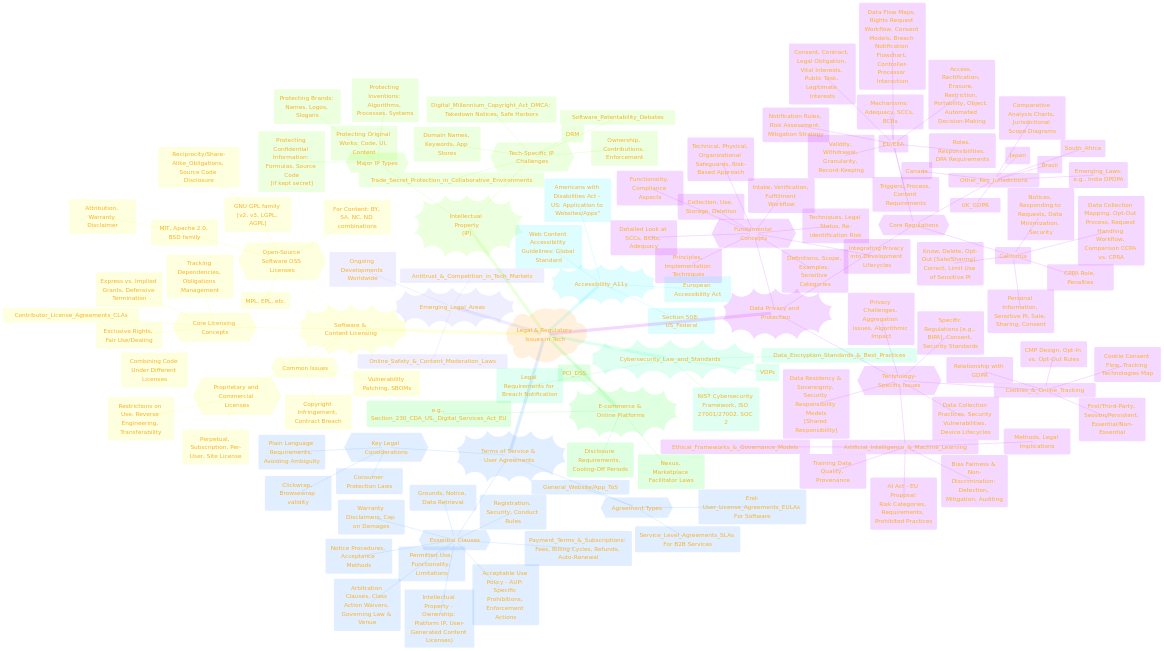
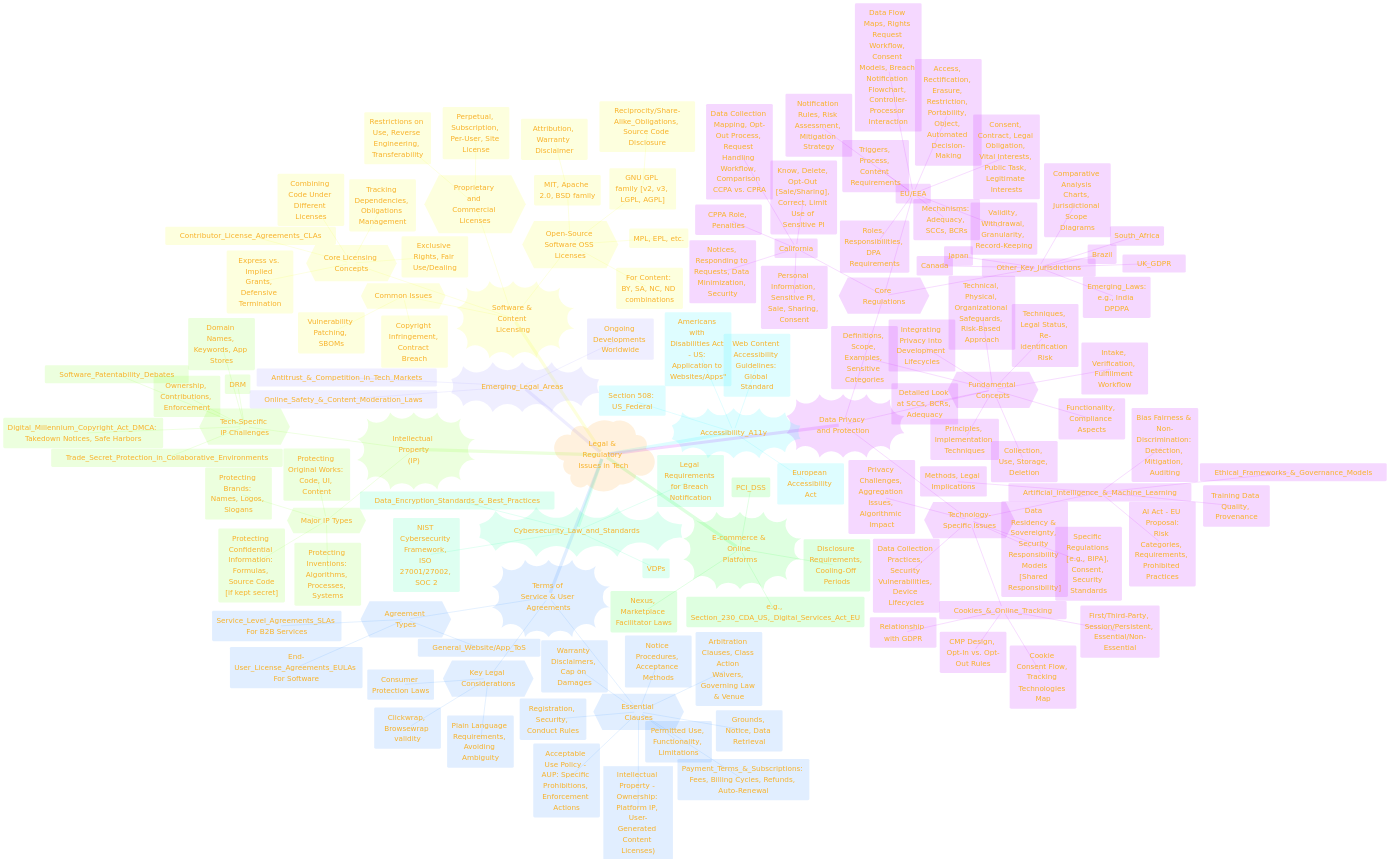
Before and after one commit to CongLeSolutionX/LegalLens: the second of 4 diagrams in README.md, drawn with Mermaid.

```diff
--- a/README.md
+++ b/README.md
@@ -148,7 +148,7 @@
     'logLevel': 'fatal',
     'mindmap': {
 	    'nodeAlign': 'center',
-	    'padding': 20
+	    'padding': 25
     },
     'themeVariables': {
       'primaryColor': '#FC82',
@@ -157,7 +157,7 @@
       'secondaryColor': '#EBF3',
       'secondaryTextColor': '#6C3483',
       'secondaryBorderColor': '#A569BD',
-      'fontSize': '20px'
+      'fontSize': '25px'
     }
   }
 }%%
```
